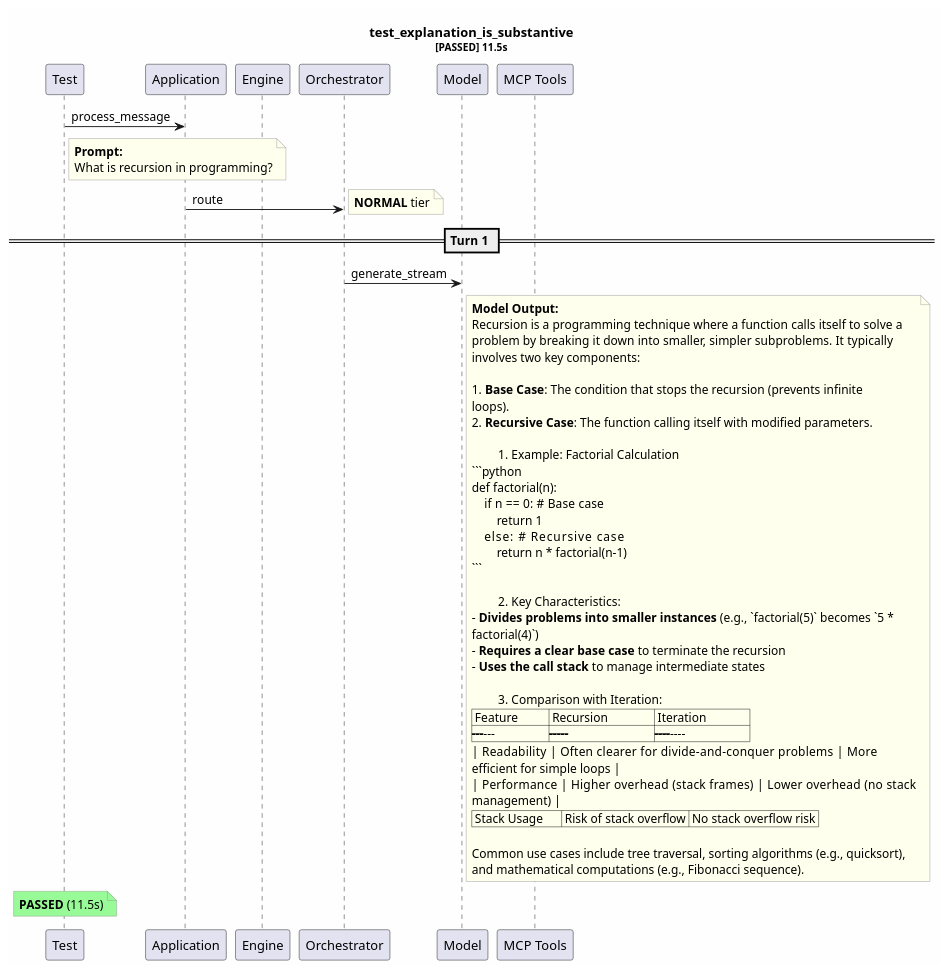
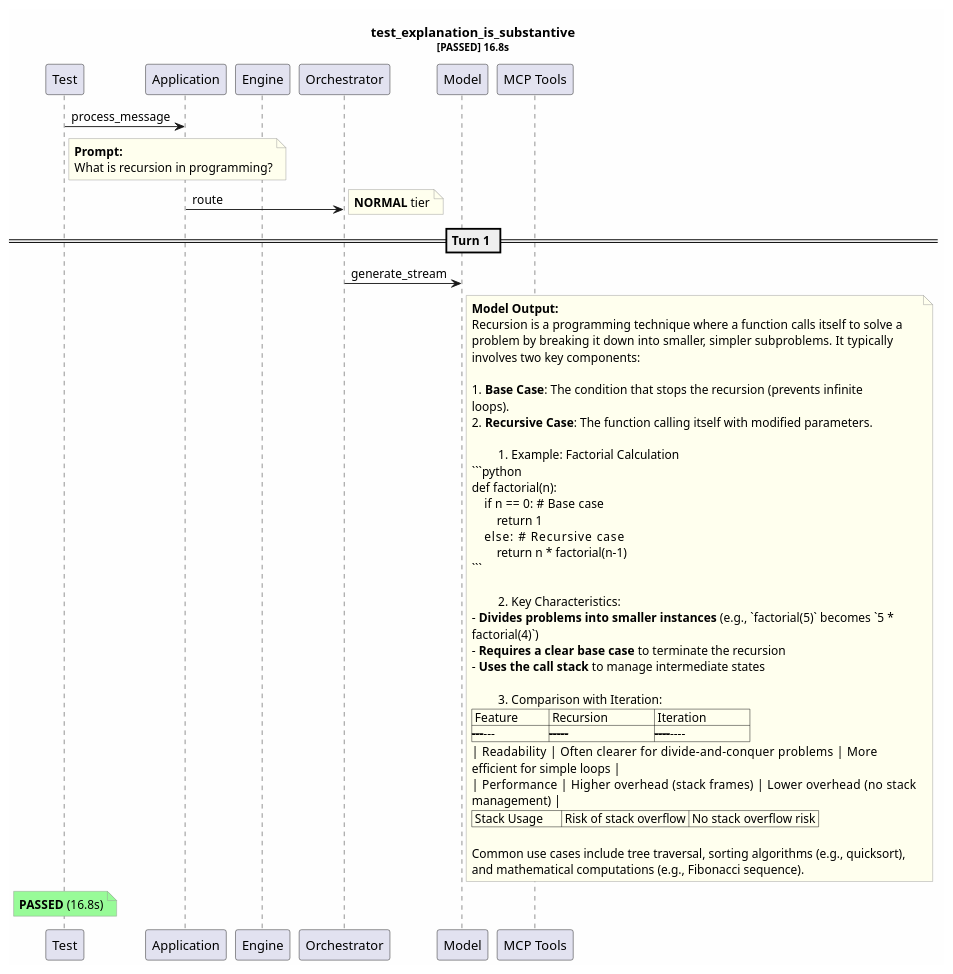
Before and after one commit to tvanfossen/entropic: the diagram in test-reports/test_explanation_is_substantive.puml, drawn with PlantUML. The commit also changed 49 other files, not shown here.

````diff
--- a/test-reports/test_explanation_is_substantive.puml
+++ b/test-reports/test_explanation_is_substantive.puml
@@ -1,64 +1,64 @@
 @startuml
 skinparam backgroundColor #FEFEFE
 skinparam noteBorderColor #999999
 skinparam noteBackgroundColor #FFFFEE
-title test_explanation_is_substantive\n<size:11>[PASSED] 11.5s</size>
+title test_explanation_is_substantive\n<size:11>[PASSED] 16.8s</size>
 
 participant "Test" as T
 participant "Application" as App
 participant "Engine" as Eng
 participant "Orchestrator" as Orch
 participant "Model" as Mdl
 participant "MCP Tools" as MCP
 
 T -> App: process_message
 note right of T
   **Prompt:**
   What is recursion in programming?
 end note
 App -> Orch: route
 note right: **NORMAL** tier
 == Turn 1 ==
 Orch -> Mdl: generate_stream
 note right of Mdl
   **Model Output:**
-  Recursion is a programming technique where a function calls itself to solve a
-  problem by breaking it down into smaller, simpler subproblems. It typically
+  Recursion is a programming technique where a function calls itself to solve a 
+  problem by breaking it down into smaller, simpler subproblems. It typically 
   involves two key components:
-
-  1. **Base Case**: The condition that stops the recursion (prevents infinite
+  
+  1. **Base Case**: The condition that stops the recursion (prevents infinite 
   loops).
   2. **Recursive Case**: The function calling itself with modified parameters.
-
+  
   ### Example: Factorial Calculation
   ```python
   def factorial(n):
       if n == 0:  # Base case
           return 1
       else:       # Recursive case
           return n * factorial(n-1)
   ```
-
+  
   ### Key Characteristics:
   - **Divides problems into smaller instances** (e.g., `factorial(5)` becomes `5 *
   factorial(4)`)
   - **Requires a clear base case** to terminate the recursion
   - **Uses the call stack** to manage intermediate states
-
+  
   ### Comparison with Iteration:
   | Feature          | Recursion               | Iteration              |
   |------------------|-------------------------|------------------------|
-  | Readability      | Often clearer for divide-and-conquer problems | More
+  | Readability      | Often clearer for divide-and-conquer problems | More 
   efficient for simple loops |
-  | Performance      | Higher overhead (stack frames) | Lower overhead (no stack
+  | Performance      | Higher overhead (stack frames) | Lower overhead (no stack 
   management) |
   | Stack Usage      | Risk of stack overflow | No stack overflow risk |
-
-  Common use cases include tree traversal, sorting algorithms (e.g., quicksort),
+  
+  Common use cases include tree traversal, sorting algorithms (e.g., quicksort), 
   and mathematical computations (e.g., Fibonacci sequence).
 end note
 note over T #palegreen
-  **PASSED** (11.5s)
+  **PASSED** (16.8s)
 end note
 
 @enduml
````
